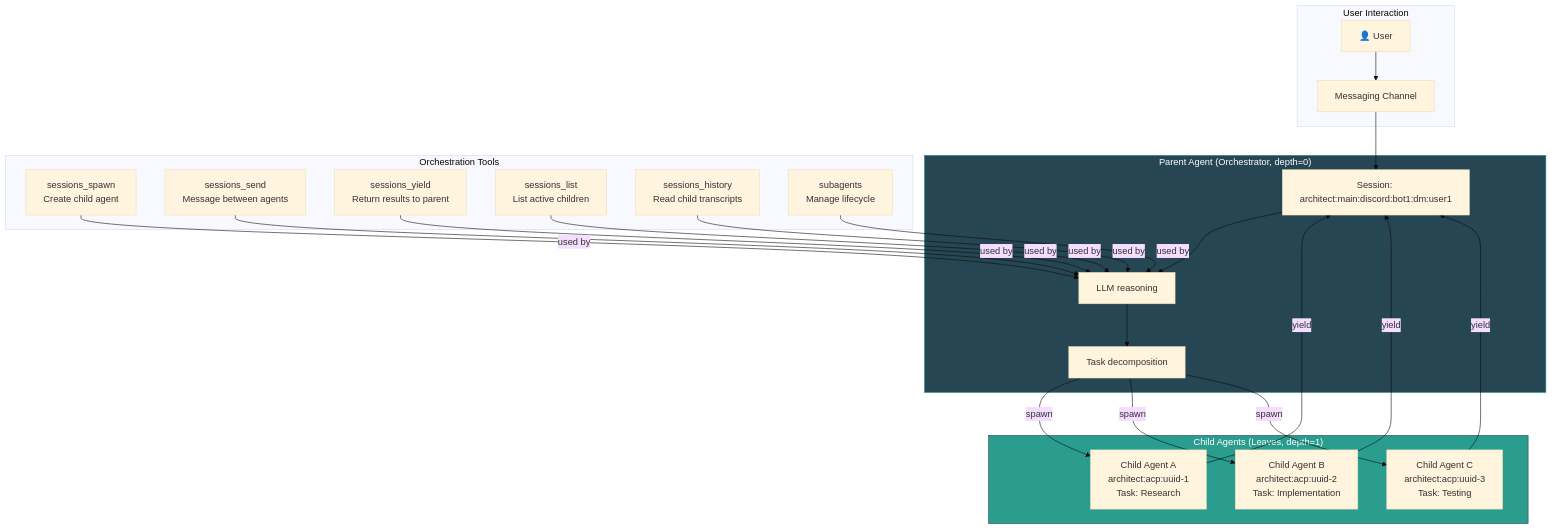
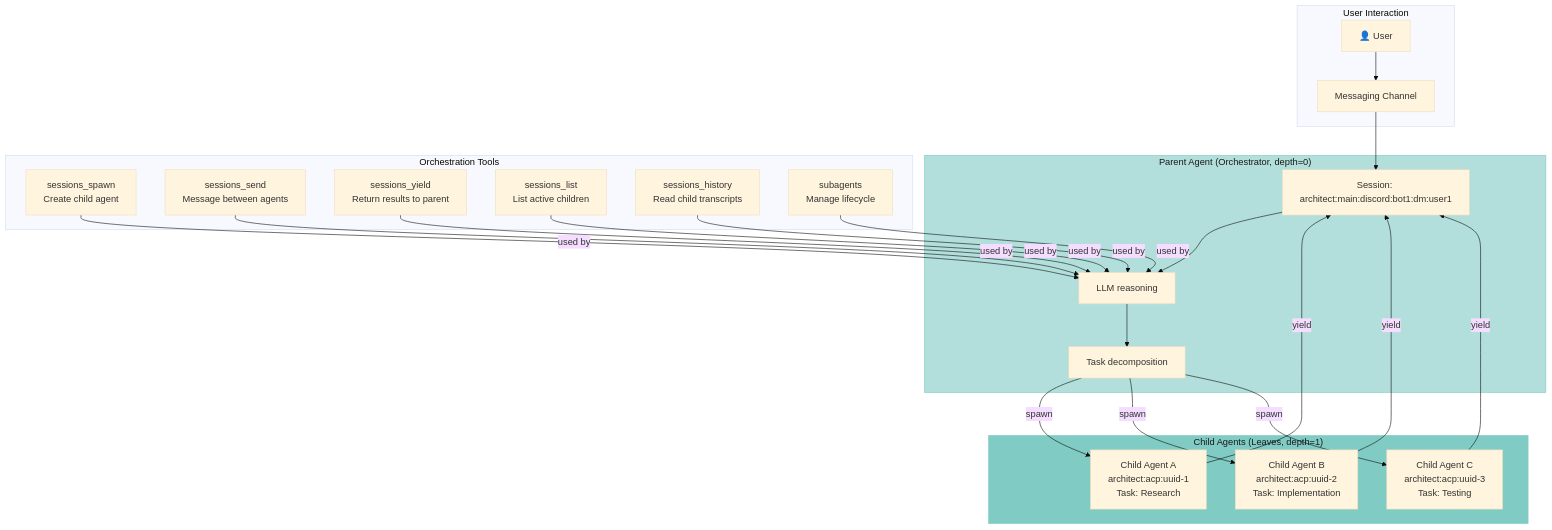
One commit to lordaouy/openclaw changed diagram 29 of 44 in docs/reference/technical-architecture-report.md. Above: the diagram before and after it, drawn with Mermaid (base theme). The commit also changed other lines of this file, not shown here.

First line of the commit message:
docs: replace dark Mermaid diagram colors with light readable palette

````diff
--- a/docs/reference/technical-architecture-report.md
+++ b/docs/reference/technical-architecture-report.md
@@ -1688,40 +1688,40 @@
 ```mermaid
 graph TB
     subgraph UserInteraction["User Interaction"]
         User["👤 User"]
         Channel["Messaging Channel"]
     end
     
     subgraph Orchestrator["Parent Agent (Orchestrator, depth=0)"]
         ParentSession["Session: architect:main:discord:bot1:dm:user1"]
         ParentLLM["LLM reasoning"]
         TaskDecomp["Task decomposition"]
     end
     
     subgraph Children["Child Agents (Leaves, depth=1)"]
         ChildA["Child Agent A\narchitect:acp:uuid-1\nTask: Research"]
         ChildB["Child Agent B\narchitect:acp:uuid-2\nTask: Implementation"]
         ChildC["Child Agent C\narchitect:acp:uuid-3\nTask: Testing"]
     end
     
     subgraph Tools["Orchestration Tools"]
         Spawn["sessions_spawn\nCreate child agent"]
         Send["sessions_send\nMessage between agents"]
         Yield["sessions_yield\nReturn results to parent"]
         List["sessions_list\nList active children"]
         History["sessions_history\nRead child transcripts"]
         Subagents["subagents\nManage lifecycle"]
     end
     
     User --> Channel --> ParentSession
     ParentSession --> ParentLLM --> TaskDecomp
     TaskDecomp -->|spawn| ChildA & ChildB & ChildC
     ChildA -->|yield| ParentSession
     ChildB -->|yield| ParentSession
     ChildC -->|yield| ParentSession
     
     Spawn & Send & Yield & List & History & Subagents --> |used by| ParentLLM
 
-    style Orchestrator fill:#264653,stroke:#2a9d8f,color:white
-    style Children fill:#2a9d8f,stroke:#264653,color:white
+    style Orchestrator fill:#b2dfdb,stroke:#80cbc4,color:#1a1a1a
+    style Children fill:#80cbc4,stroke:#80cbc4,color:#1a1a1a
 ```
````
